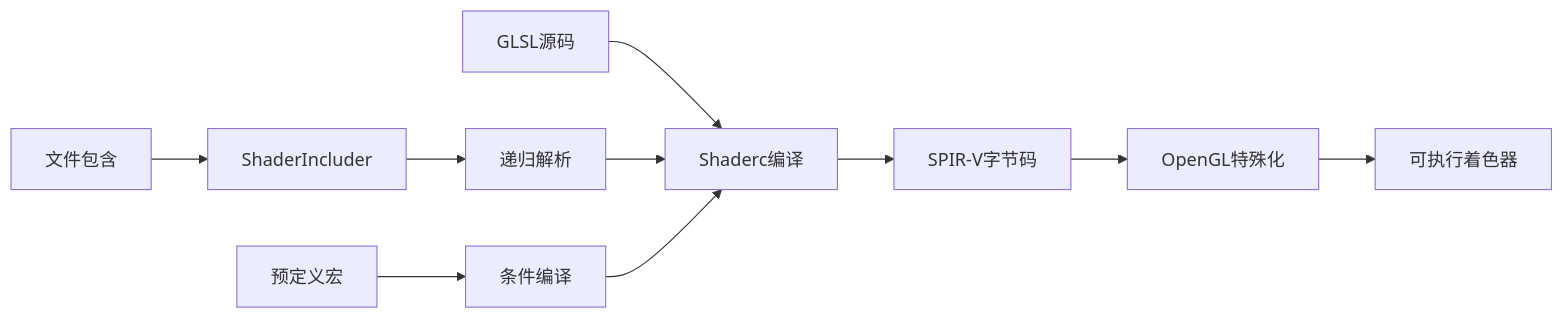
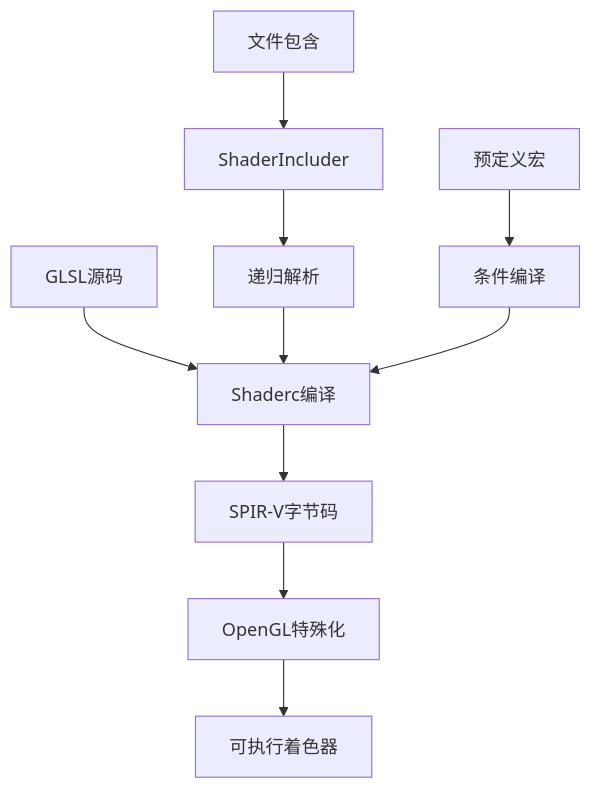
One commit to mite085/MiteEngine changed diagram 16 of 32 in Design.md. Above: the diagram before and after it, drawn with Mermaid. The commit also changed other lines of this file, not shown here.

`````diff
--- a/Design.md
+++ b/Design.md
@@ -863,14 +867,14 @@
 ```mermaid
-flowchart LR
+flowchart TB
     A[GLSL源码] --> B[Shaderc编译]
     B --> C[SPIR-V字节码]
     C --> D[OpenGL特殊化]
     D --> E[可执行着色器]
     
     F[文件包含] --> G[ShaderIncluder]
     G --> H[递归解析]
     H --> B
     
     I[预定义宏] --> J[条件编译]
     J --> B
 ````
`````
